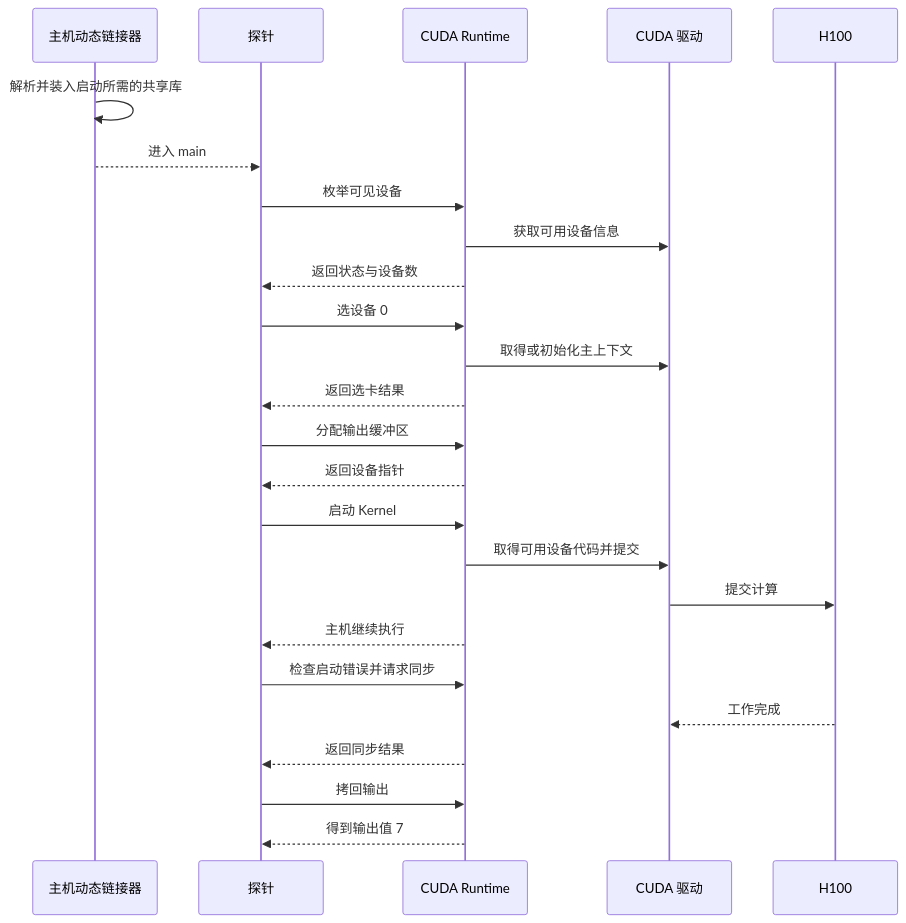
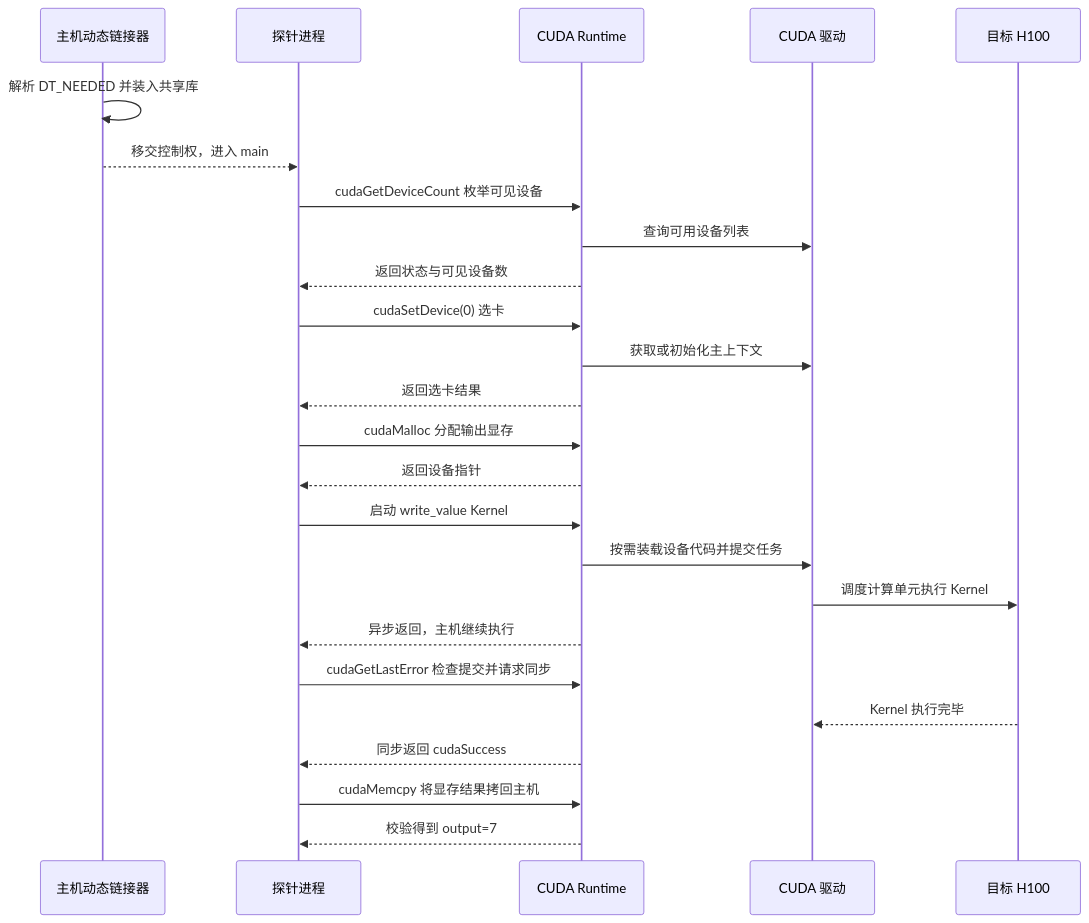
One commit to realtyz/ops-manual changed the diagram in AI-Infra/03_从驱动到CUDA应用的软件依赖/02_CUDA 进程的库装载、选卡与首次 Kernel 执行.md. Above: the diagram before and after it, drawn with Mermaid. The commit also changed other lines of this file and 194 other files, not shown here.

````diff
--- a/AI-Infra/03_从驱动到CUDA应用的软件依赖/02_CUDA 进程的库装载、选卡与首次 Kernel 执行.md
+++ b/AI-Infra/03_从驱动到CUDA应用的软件依赖/02_CUDA 进程的库装载、选卡与首次 Kernel 执行.md
@@ -26,27 +59,28 @@
 ```mermaid
 sequenceDiagram
+    accDescr: CUDA 探针完整启动与执行时序图，依次展示主机动态链接器装载共享库进入 main、探针经 CUDA Runtime 与驱动完成设备枚举、选卡并初始化主上下文、分配显存缓冲区、首次提交 Kernel 时按需装载设备代码并下发至 H100、检查启动错误并等待同步完成，最后将结果 7 拷回主机。
     participant L as 主机动态链接器
-    participant A as 探针
+    participant A as 探针进程
     participant R as CUDA Runtime
     participant D as CUDA 驱动
-    participant G as H100
-    L->>L: 解析并装入启动所需的共享库
-    L-->>A: 进入 main
-    A->>R: 枚举可见设备
-    R->>D: 获取可用设备信息
-    R-->>A: 返回状态与设备数
-    A->>R: 选设备 0
-    R->>D: 取得或初始化主上下文
+    participant G as 目标 H100
+    L->>L: 解析 DT_NEEDED 并装入共享库
+    L-->>A: 移交控制权，进入 main
+    A->>R: cudaGetDeviceCount 枚举可见设备
+    R->>D: 查询可用设备列表
+    R-->>A: 返回状态与可见设备数
+    A->>R: cudaSetDevice(0) 选卡
+    R->>D: 获取或初始化主上下文
     R-->>A: 返回选卡结果
-    A->>R: 分配输出缓冲区
+    A->>R: cudaMalloc 分配输出显存
     R-->>A: 返回设备指针
-    A->>R: 启动 Kernel
-    R->>D: 取得可用设备代码并提交
-    D->>G: 提交计算
-    R-->>A: 主机继续执行
-    A->>R: 检查启动错误并请求同步
-    G-->>D: 工作完成
-    R-->>A: 返回同步结果
-    A->>R: 拷回输出
-    R-->>A: 得到输出值 7
+    A->>R: 启动 write_value Kernel
+    R->>D: 按需装载设备代码并提交任务
+    D->>G: 调度计算单元执行 Kernel
+    R-->>A: 异步返回，主机继续执行
+    A->>R: cudaGetLastError 检查提交并请求同步
+    G-->>D: Kernel 执行完毕
+    R-->>A: 同步返回 cudaSuccess
+    A->>R: cudaMemcpy 将显存结果拷回主机
+    R-->>A: 校验得到 output=7
 ```
````
